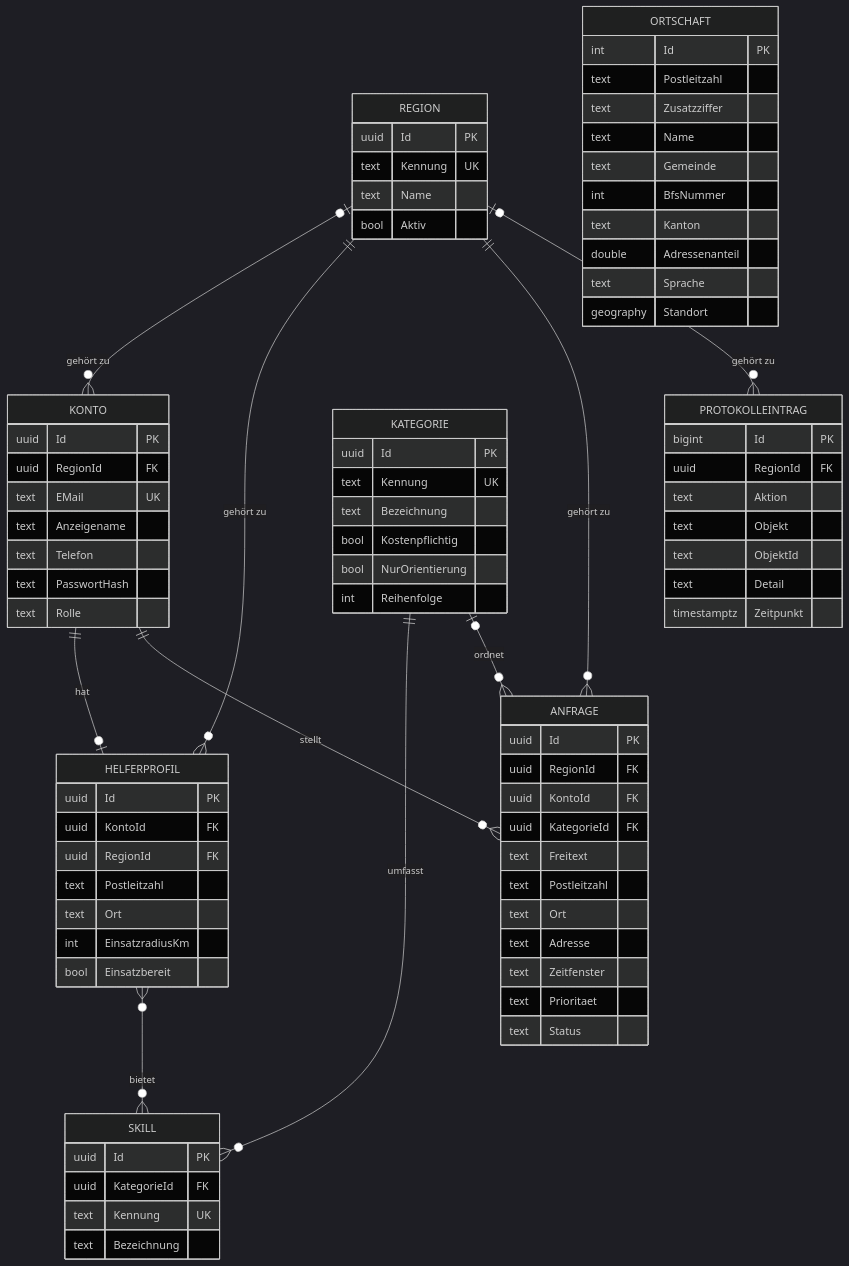
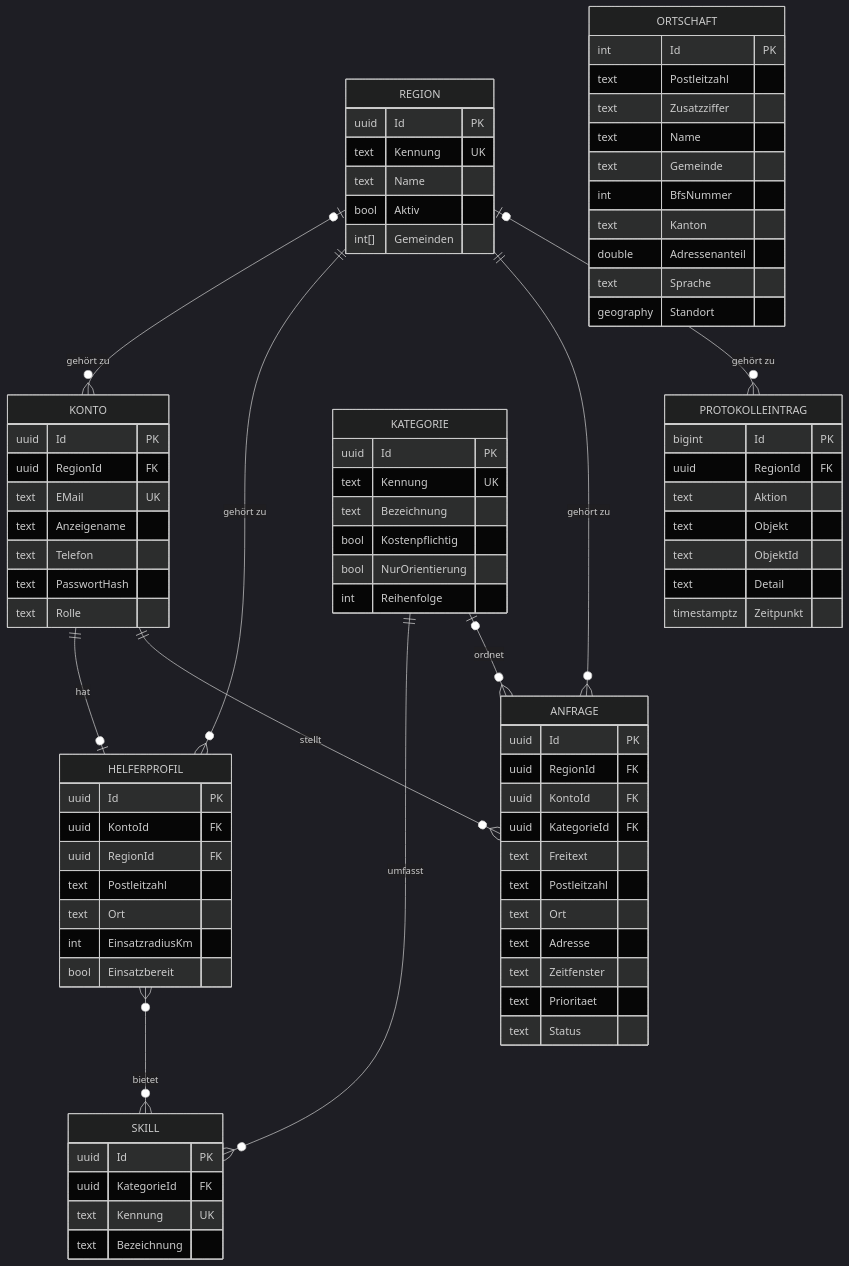
The diagram in docs/datenmodell.md (maliswiss/soforthilfe-bern-mittelland), drawn with Mermaid (dark theme) before and after one commit. The commit also changed other lines of this file and 49 other files, not shown here.

```diff
--- a/docs/datenmodell.md
+++ b/docs/datenmodell.md
@@ -21,6 +21,7 @@
     text Kennung UK
     text Name
     bool Aktiv
+    int[] Gemeinden
   }
   KONTO {
     uuid Id PK
```
